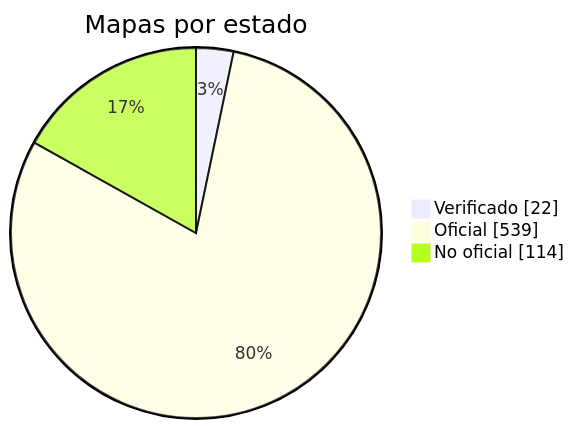
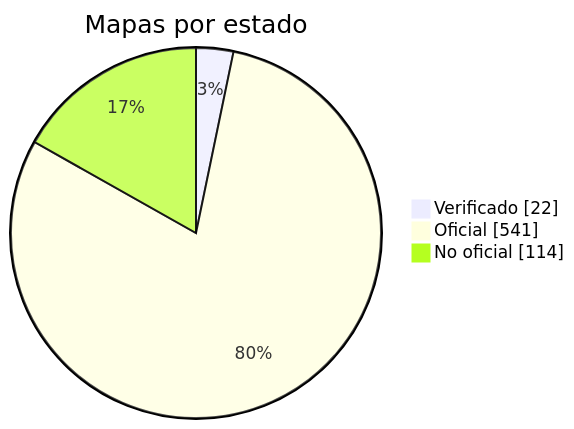
Before and after one commit to nobrega8/mbmap-library: the diagram in docs/readme/README_ES.md, drawn with Mermaid. The commit also changed 7 other files, not shown here.

````diff
--- a/docs/readme/README_ES.md
+++ b/docs/readme/README_ES.md
@@ -54,7 +54,7 @@
 ```mermaid
 pie showData
     title Mapas por estado
     "Verificado" : 22
-    "Oficial" : 539
+    "Oficial" : 541
     "No oficial" : 114
 ```
````
